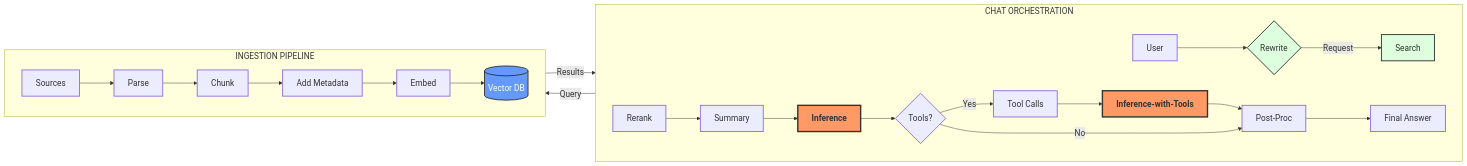
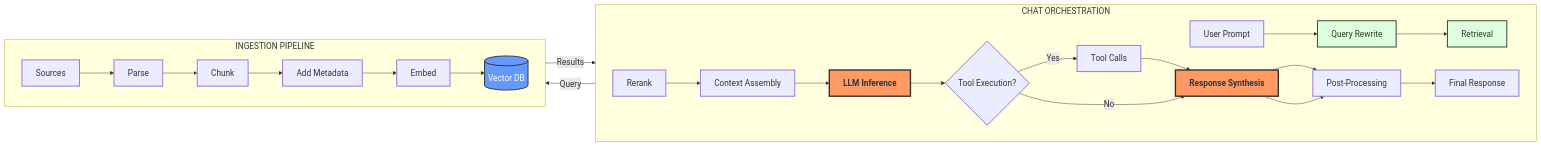
Before and after one commit to vrraj/chat-with-rag: the diagram in README.md, drawn with Mermaid. The commit also changed other lines of this file, not shown here.

````diff
--- a/README.md
+++ b/README.md
@@ -62,41 +62,41 @@
 ```mermaid
 %%{init: {'themeVariables': { 'fontSize': '18px', 'subgraphFontSize': '22px'}}}%%
 graph LR
     %% Global Styling
     classDef default stroke-width:2px,rect:round;
     classDef highlight fill:#f96,stroke:#333,stroke-width:3px,font-weight:bold;
     classDef storage fill:#69f,color:#fff,stroke:#333;
     classDef logic fill:#dfd,stroke:#333;
 
     subgraph "CHAT ORCHESTRATION"
         direction LR
-        U[User] --> QR{Rewrite}
-        %% The 'Search' node acts as the transition point
-        QR -- "Request" --> Search[Search]
-        
+        U[User Prompt] --> QR[Query Rewrite]
+        QR --> Search[Retrieval]
+
         %% Return path from Ingestion back to Chat
-        R[Rerank] --> Sum[Summary] --> Inf[Inference]
-        
-        Inf --> Tools{Tools?}
-        Tools -- "Yes" --> API[Tool Calls] --> Inf2[Inference-with-Tools] --> Post[Post-Proc]
-        Tools -- "No" --> Post
-        Post --> Out[Final Answer]
+        R[Rerank] --> Ctx[Context Assembly] --> Inf[LLM Inference]
+
+        Inf --> Tools{Tool Execution?}
+        Tools -- "Yes" --> API[Tool Calls] --> Synth[Response Synthesis] --> Post[Post-Processing]
+        Tools -- "No" --> Synth
+        Synth --> Post
+        Post --> Out[Final Response]
     end
 
     subgraph "INGESTION PIPELINE"
         direction LR
         S[Sources] --> P[Parse] --> C[Chunk] --> D[Add Metadata] --> E[Embed] --> DB[(Vector DB)]
     end
 
     %% PHYSICAL CONNECTIONS (Crossing Subgraphs)
     %% 1. Search logic enters Ingestion to hit the DB
     Search -- "Query" --> DB
     
     %% 2. DB returns results back to the Search node or directly to Rerank
     DB -- "Results" --> R
 
     %% Apply Classes to match v2.0 features
-    class Inf,Inf2 highlight;
+    class Inf,Synth highlight;
     class DB storage;
     class QR,Search logic;
 ```
````
